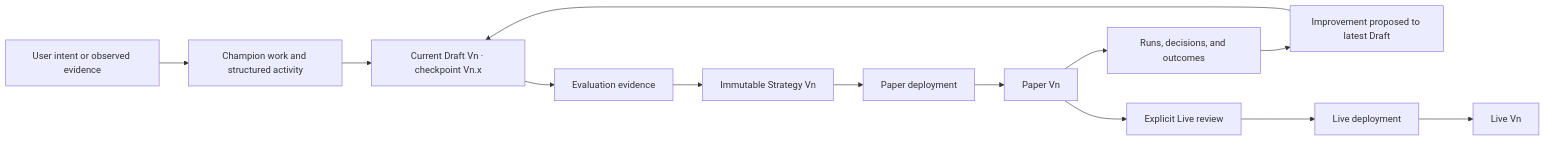
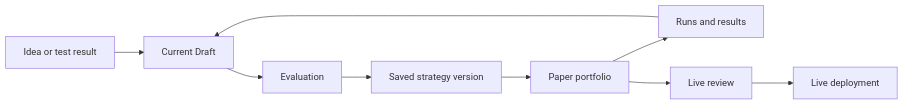
Before and after one commit to moosefroggo/vantheon-architecture: the diagram in README.md, drawn with Mermaid. The commit also changed other lines of this file, not shown here.

````diff
--- a/README.md
+++ b/README.md
@@ -24,15 +20,11 @@
 ```mermaid
 flowchart LR
-    A["User intent or observed evidence"] --> CW["Champion work and structured activity"]
-    CW --> B["Current Draft Vn · checkpoint Vn.x"]
-    B --> C["Evaluation evidence"]
-    C --> D["Immutable Strategy Vn"]
-    D --> PD["Paper deployment"]
-    PD --> E["Paper Vn"]
-    E --> F["Runs, decisions, and outcomes"]
-    F --> G["Improvement proposed to latest Draft"]
-    G --> B
-    E --> H["Explicit Live review"]
-    H --> LD["Live deployment"]
-    LD --> I["Live Vn"]
+    A["Idea or test result"] --> B["Current Draft"]
+    B --> C["Evaluation"]
+    C --> D["Saved strategy version"]
+    D --> E["Paper portfolio"]
+    E --> F["Runs and results"]
+    F --> B
+    E --> G["Live review"]
+    G --> H["Live deployment"]
 ```
````
